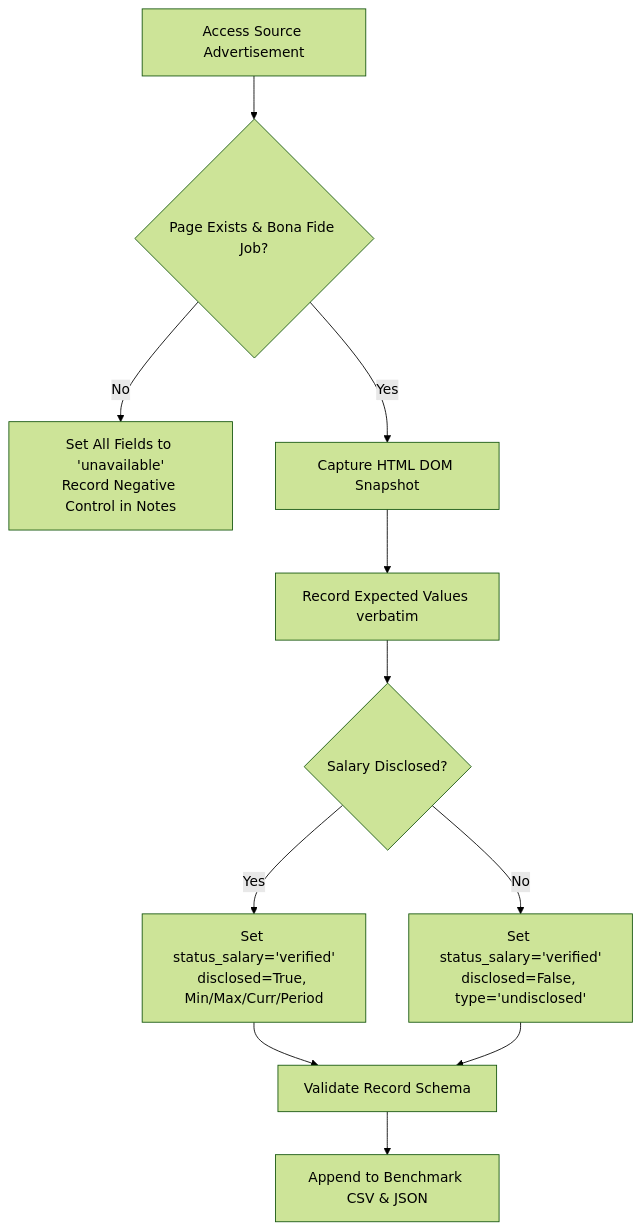
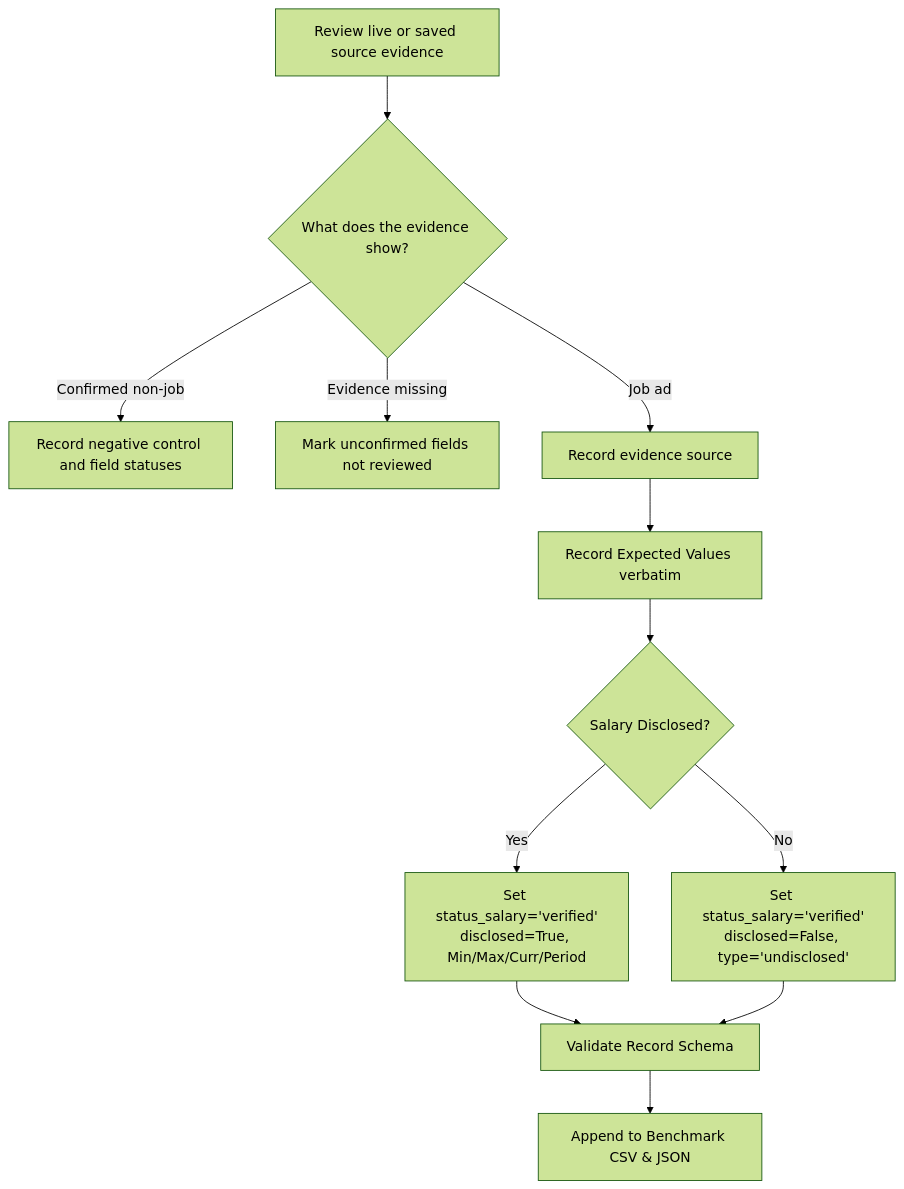
One commit to zero3nine/J26_SE_355 changed the diagram in data/evaluation/ANNOTATION_GUIDE.md. Above: the diagram before and after it, drawn with Mermaid (forest theme). The commit also changed other lines of this file and 13 other files, not shown here.

````diff
--- a/data/evaluation/ANNOTATION_GUIDE.md
+++ b/data/evaluation/ANNOTATION_GUIDE.md
@@ -64,13 +64,14 @@
 ```mermaid
 flowchart TD
-    A[Access Source Advertisement] --> B{Page Exists & Bona Fide Job?}
-    B -- No --> C[Set All Fields to 'unavailable'<br/>Record Negative Control in Notes]
-    B -- Yes --> D[Capture HTML DOM Snapshot]
+    A[Review live or saved source evidence] --> B{What does the evidence show?}
+    B -- Confirmed non-job --> C[Record negative control and field statuses]
+    B -- Evidence missing --> K[Mark unconfirmed fields not reviewed]
+    B -- Job ad --> D[Record evidence source]
     D --> E[Record Expected Values verbatim]
     E --> F{Salary Disclosed?}
     F -- Yes --> G[Set status_salary='verified'<br/>disclosed=True, Min/Max/Curr/Period]
     F -- No --> H[Set status_salary='verified'<br/>disclosed=False, type='undisclosed']
     G --> I[Validate Record Schema]
     H --> I
     I --> J[Append to Benchmark CSV & JSON]
 ```
````
